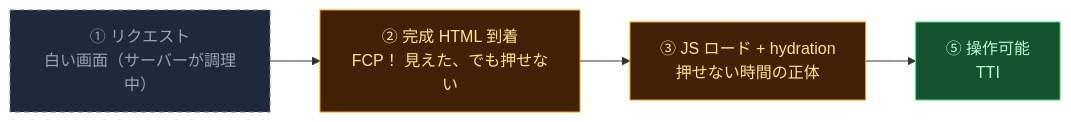
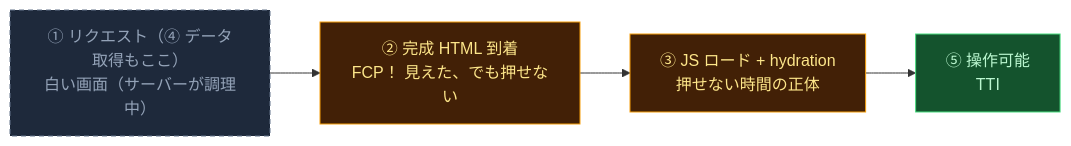
Before and after one commit to O6lvl4/O6lvl4-knowledge: the fourth of 6 diagrams in vault/rendering-phases.md, drawn with Mermaid. The commit also changed other lines of this file, not shown here.

Commit message:
SSR/SSG図の欠番を解消し④データ取得の前倒し先を明示

````diff
--- a/vault/rendering-phases.md
+++ b/vault/rendering-phases.md
@@ -85,12 +85,12 @@
 ```mermaid
 graph LR
-    A["① リクエスト<br/>白い画面（サーバーが調理中）"] --> B["② 完成 HTML 到着<br/>FCP！ 見えた、でも押せない"]
+    A["① リクエスト（④ データ取得もここ）<br/>白い画面（サーバーが調理中）"] --> B["② 完成 HTML 到着<br/>FCP！ 見えた、でも押せない"]
     B --> C["③ JS ロード + hydration<br/>押せない時間の正体"]
     C --> D["⑤ 操作可能<br/>TTI"]
     classDef blank fill:#1E293B,stroke:#64748B,stroke-dasharray: 5 4,color:#94A3B8
     classDef visible fill:#422006,stroke:#F59E0B,color:#FDE68A
     classDef ready fill:#14532D,stroke:#4ADE80,color:#BBF7D0
     class A blank
     class B,C visible
     class D ready
 ```
````
